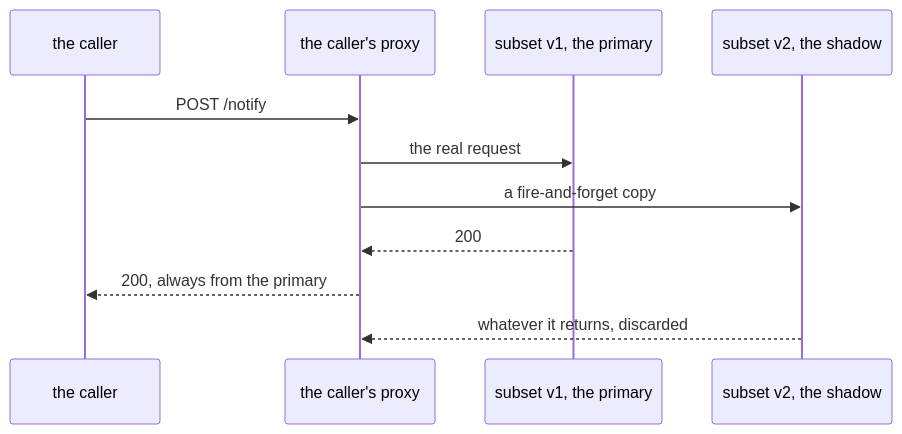
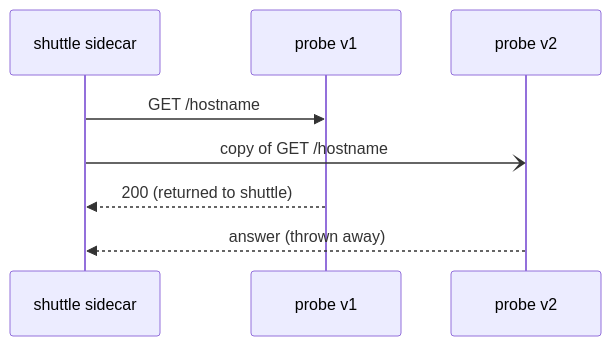
Before and after one commit to astrona-io/ATS014: the diagram in sections/section-020/module-02/course-01-mirror-as-a-sibling-of-route.md, drawn with Mermaid. The commit also changed other lines of this file and 444 other files, not shown here.

````diff
--- a/sections/section-020/module-02/course-01-mirror-as-a-sibling-of-route.md
+++ b/sections/section-020/module-02/course-01-mirror-as-a-sibling-of-route.md
@@ -33,13 +100,10 @@
 ```mermaid
 sequenceDiagram
-    participant C as the caller
-    participant P as the caller's proxy
-    participant V1 as subset v1, the primary
-    participant V2 as subset v2, the shadow
-    C->>P: POST /notify
-    P->>V1: the real request
-    P->>V2: a fire-and-forget copy
-    V1-->>P: 200
-    P-->>C: 200, always from the primary
-    V2-->>P: whatever it returns, discarded
+    participant C as shuttle sidecar
+    participant V1 as probe v1
+    participant V2 as probe v2
+    C->>V1: GET /hostname
+    C-)V2: copy of GET /hostname
+    V1-->>C: 200 (returned to shuttle)
+    V2-->>C: answer (thrown away)
 ```
````
